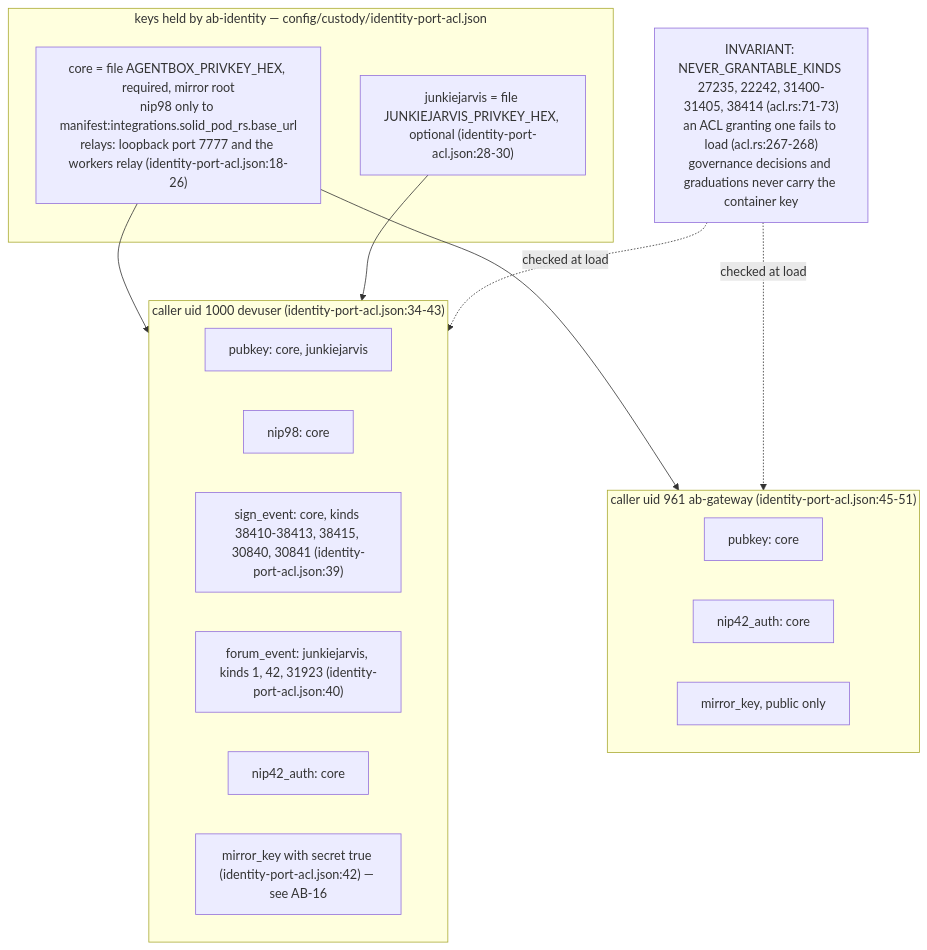
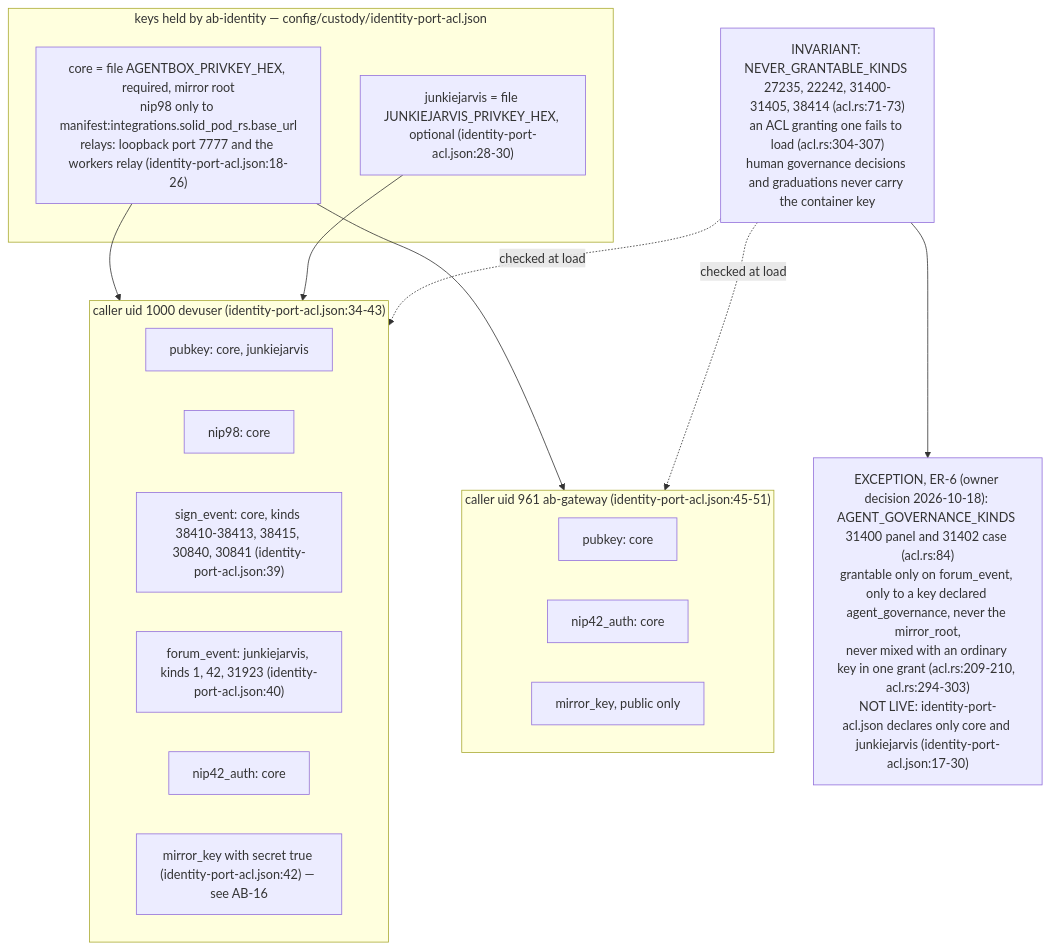
One commit to DreamLab-AI/VisionFlow changed the fifth of 7 diagrams in docs/diagrams/agentbox/36-role-isolation-and-identity-port.md. Above: the diagram before and after it, drawn with Mermaid. The commit also changed other lines of this file and 160 other files, not shown here.

````diff
--- a/docs/diagrams/agentbox/36-role-isolation-and-identity-port.md
+++ b/docs/diagrams/agentbox/36-role-isolation-and-identity-port.md
@@ -180,26 +182,28 @@
 ```mermaid
 flowchart TB
     subgraph KEYS["keys held by ab-identity — config/custody/identity-port-acl.json"]
         CORE["core = file AGENTBOX_PRIVKEY_HEX, required, mirror root<br/>nip98 only to manifest:integrations.solid_pod_rs.base_url<br/>relays: loopback port 7777 and the workers relay (identity-port-acl.json:18-26)"]
         JJ["junkiejarvis = file JUNKIEJARVIS_PRIVKEY_HEX, optional (identity-port-acl.json:28-30)"]
     end
     subgraph DEV["caller uid 1000 devuser (identity-port-acl.json:34-43)"]
         D1["pubkey: core, junkiejarvis"]
         D2["nip98: core"]
         D3["sign_event: core, kinds 38410-38413, 38415, 30840, 30841 (identity-port-acl.json:39)"]
         D4["forum_event: junkiejarvis, kinds 1, 42, 31923 (identity-port-acl.json:40)"]
         D5["nip42_auth: core"]
         D6["mirror_key with secret true (identity-port-acl.json:42) — see AB-16"]
     end
     subgraph GWC["caller uid 961 ab-gateway (identity-port-acl.json:45-51)"]
         G1["pubkey: core"]
         G2["nip42_auth: core"]
         G3["mirror_key, public only"]
     end
-    NEVER["INVARIANT: NEVER_GRANTABLE_KINDS 27235, 22242, 31400-31405, 38414 (acl.rs:71-73)<br/>an ACL granting one fails to load (acl.rs:267-268)<br/>governance decisions and graduations never carry the container key"]
+    NEVER["INVARIANT: NEVER_GRANTABLE_KINDS 27235, 22242, 31400-31405, 38414 (acl.rs:71-73)<br/>an ACL granting one fails to load (acl.rs:304-307)<br/>human governance decisions and graduations never carry the container key"]
+    AGENTK["EXCEPTION, ER-6 (owner decision 2026-10-18): AGENT_GOVERNANCE_KINDS 31400 panel and 31402 case (acl.rs:84)<br/>grantable only on forum_event, only to a key declared agent_governance, never the mirror_root,<br/>never mixed with an ordinary key in one grant (acl.rs:209-210, acl.rs:294-303)<br/>NOT LIVE: identity-port-acl.json declares only core and junkiejarvis (identity-port-acl.json:17-30)"]
+    NEVER --> AGENTK
     CORE --> DEV
     JJ --> DEV
     CORE --> GWC
     NEVER -.->|"checked at load"| DEV
     NEVER -.->|"checked at load"| GWC
 ```
````
